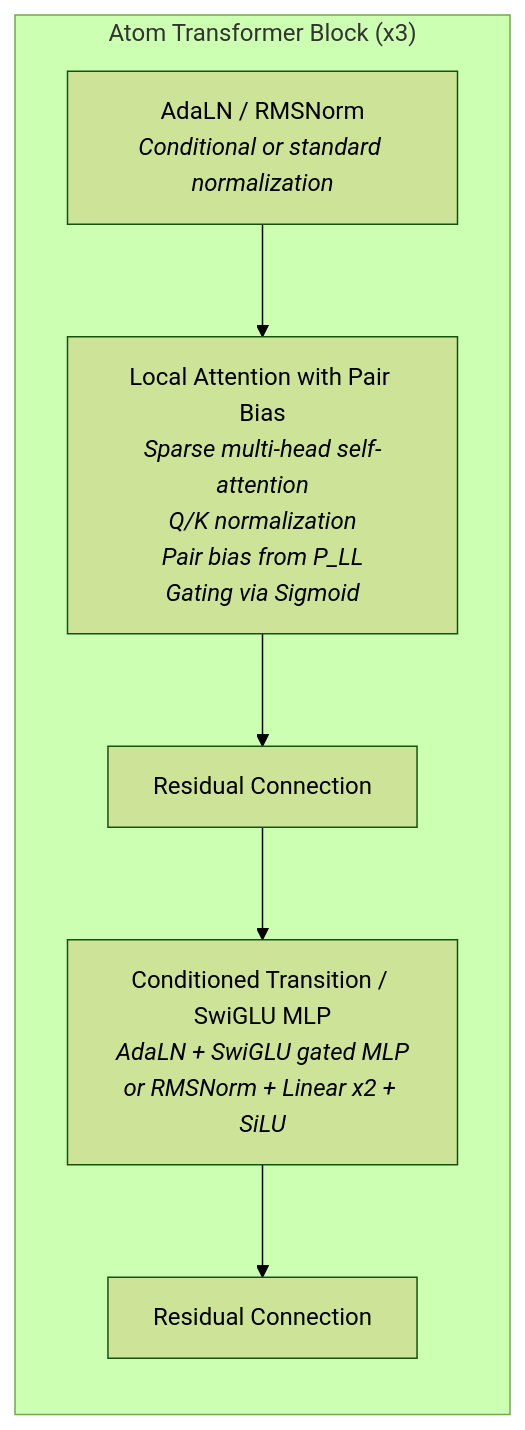
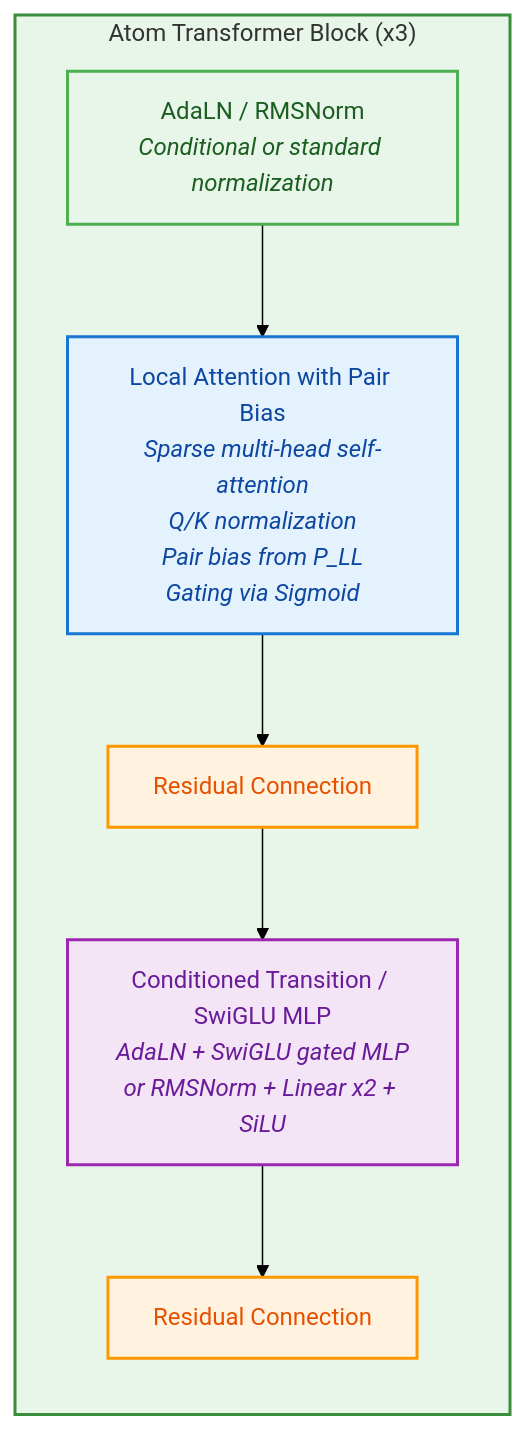
The third of 5 diagrams in models/rfd3/RFD3_architecture_mermaid.md (RTae/foundry), drawn with Mermaid (forest theme) before and after one commit. The commit also changed other lines of this file, not shown here.

Commit message:
refactor: enhance styling for clarity in RFD3 model architecture diagrams

````diff
--- a/models/rfd3/RFD3_architecture_mermaid.md
+++ b/models/rfd3/RFD3_architecture_mermaid.md
@@ -82,12 +103,19 @@
 ```mermaid
 flowchart TD
     subgraph AtomTransformerBlock["Atom Transformer Block (x3)"]
         direction TB
         B1[AdaLN / RMSNorm<br><i>Conditional or standard normalization</i>]
         B2[Local Attention with Pair Bias<br><i>Sparse multi-head self-attention<br>Q/K normalization<br>Pair bias from P_LL<br>Gating via Sigmoid</i>]
         B3[Residual Connection]
         B4[Conditioned Transition / SwiGLU MLP<br><i>AdaLN + SwiGLU gated MLP<br>or RMSNorm + Linear x2 + SiLU</i>]
         B5[Residual Connection]
         B1 --> B2 --> B3 --> B4 --> B5
     end
+
+    style B1 fill:#e8f5e9,stroke:#4CAF50,stroke-width:2px,color:#1B5E20
+    style B2 fill:#e3f2fd,stroke:#1976D2,stroke-width:2px,color:#0D47A1
+    style B3 fill:#fff3e0,stroke:#FF9800,stroke-width:2px,color:#E65100
+    style B4 fill:#f3e5f5,stroke:#9C27B0,stroke-width:2px,color:#6A1B9A
+    style B5 fill:#fff3e0,stroke:#FF9800,stroke-width:2px,color:#E65100
+    style AtomTransformerBlock fill:#e8f5e9,stroke:#388E3C,stroke-width:2px
 ```
````
